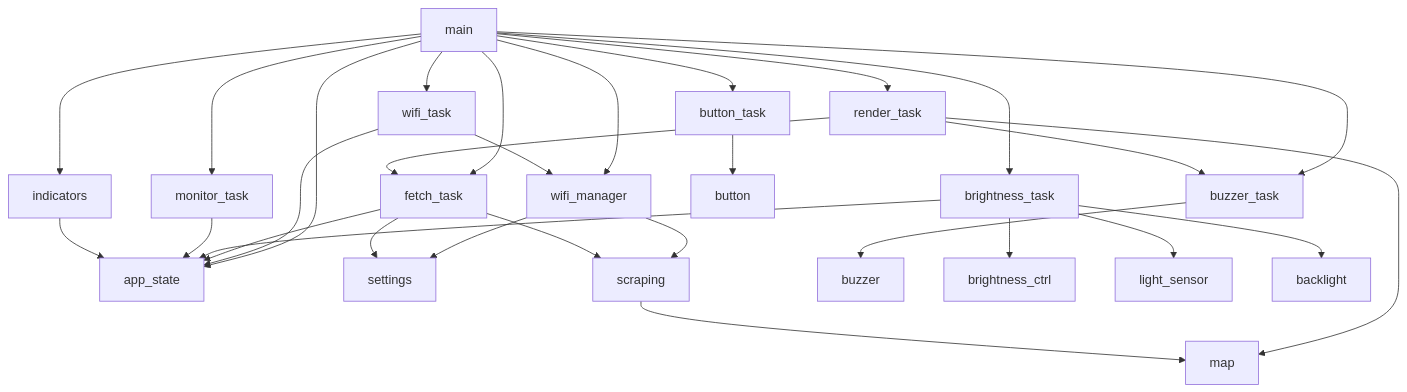
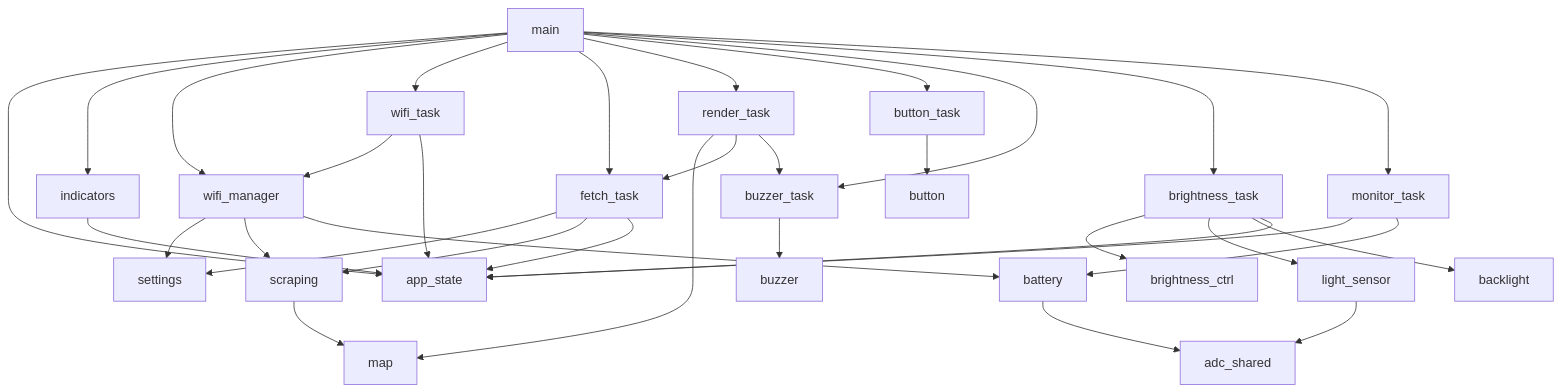
One commit to tepasha/alertinua changed the fourth of 4 diagrams in docs/ARCHITECTURE.md. Above: the diagram before and after it, drawn with Mermaid. The commit also changed other lines of this file and 25 other files, not shown here.

````diff
--- a/docs/ARCHITECTURE.md
+++ b/docs/ARCHITECTURE.md
@@ -127,34 +127,38 @@
 ```mermaid
 flowchart TD
     main --> app_state
     main --> indicators
     main --> wifi_manager
     main --> wifi_task
     main --> fetch_task
     main --> render_task
     main --> button_task
     main --> buzzer_task
     main --> brightness_task
     main --> monitor_task
 
     wifi_task --> wifi_manager
     wifi_manager --> settings
     wifi_manager --> scraping
     fetch_task --> settings
     wifi_task --> app_state
     fetch_task --> scraping
     fetch_task --> app_state
     render_task --> map
     render_task --> fetch_task
     render_task --> buzzer_task
     button_task --> button
     buzzer_task --> buzzer
     brightness_task --> brightness_ctrl
     brightness_task --> light_sensor
     brightness_task --> backlight
     brightness_task --> app_state
     monitor_task --> app_state
+    monitor_task --> battery
+    wifi_manager --> battery
+    battery --> adc_shared
+    light_sensor --> adc_shared
 
     indicators --> app_state
     scraping --> map
 ```
````
